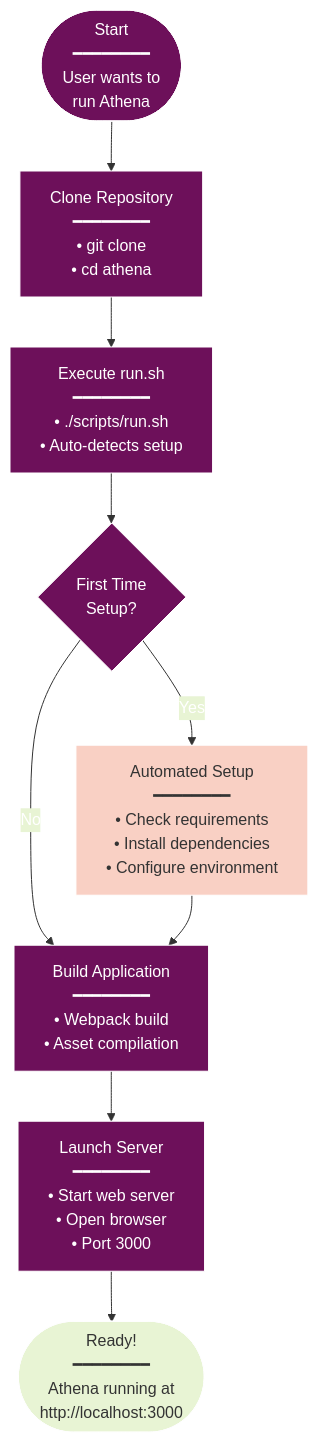
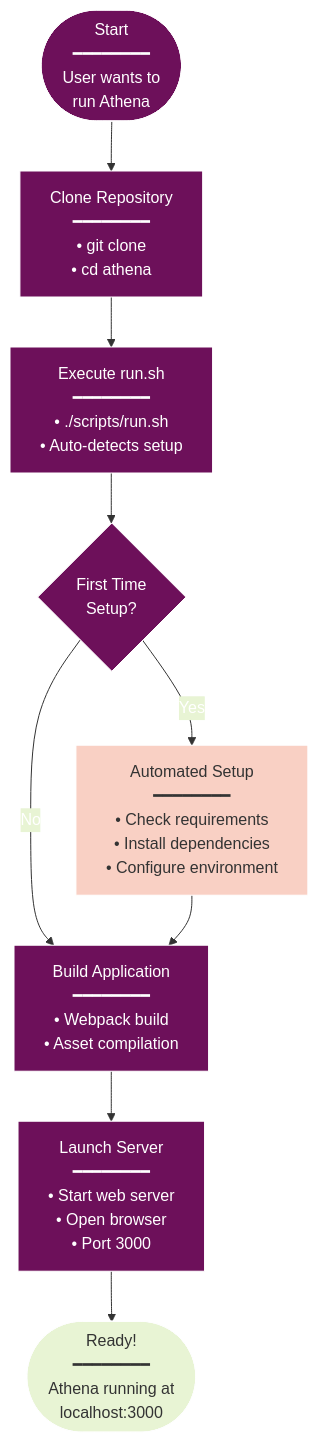
The first of 4 diagrams in docs/QUICKSTART.md (radicalkjax/Athena), drawn with Mermaid before and after one commit.

Commit message:
Update QUICKSTART.md
change link in doc so markdown can render correctly

````diff
--- a/docs/QUICKSTART.md
+++ b/docs/QUICKSTART.md
@@ -7,43 +7,43 @@
 ```mermaid
 %%{init: {
   'theme': 'base',
   'themeVariables': {
     'primaryColor': '#6d105a',
     'primaryTextColor': '#ffffff',
     'primaryBorderColor': '#ffffff',
     'lineColor': '#333333',
     'secondaryColor': '#e8f4d4',
     'secondaryTextColor': '#333333',
     'secondaryBorderColor': '#333333',
     'tertiaryColor': '#f9d0c4',
     'tertiaryTextColor': '#333333',
     'tertiaryBorderColor': '#333333',
     'background': '#ffffff',
     'mainBkg': '#6d105a',
     'secondBkg': '#e8f4d4',
     'tertiaryBkg': '#f9d0c4',
     'textColor': '#333333',
     'fontFamily': 'Arial, sans-serif'
   }
 }}%%
 flowchart TB
     Start([Start<br/>━━━━━━━━<br/>User wants to<br/>run Athena]) --> Clone[Clone Repository<br/>━━━━━━━━<br/>• git clone<br/>• cd athena]
     
     Clone --> RunScript[Execute run.sh<br/>━━━━━━━━<br/>• ./scripts/run.sh<br/>• Auto-detects setup]
     
     RunScript --> FirstTime{First Time<br/>Setup?}
     
     FirstTime -->|Yes| AutoSetup[Automated Setup<br/>━━━━━━━━<br/>• Check requirements<br/>• Install dependencies<br/>• Configure environment]
     
     FirstTime -->|No| Build[Build Application<br/>━━━━━━━━<br/>• Webpack build<br/>• Asset compilation]
     
     AutoSetup --> Build
     
     Build --> Launch[Launch Server<br/>━━━━━━━━<br/>• Start web server<br/>• Open browser<br/>• Port 3000]
     
-    Launch --> Ready([Ready!<br/>━━━━━━━━<br/>Athena running at<br/>http://localhost:3000])
+    Launch --> Ready([Ready!<br/>━━━━━━━━<br/>Athena running at<br/>localhost:3000])
     
     style Start fill:#6d105a,color:#fff
     style Ready fill:#e8f4d4,color:#333
     style AutoSetup fill:#f9d0c4,color:#333
 ```
````
